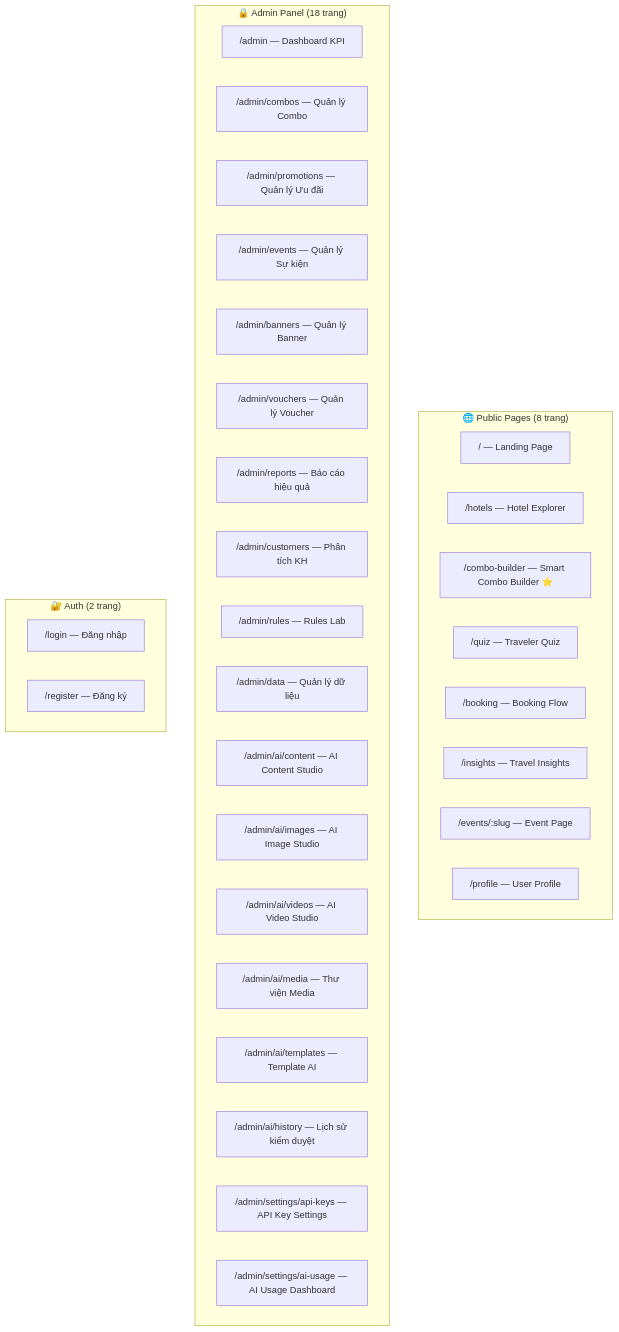
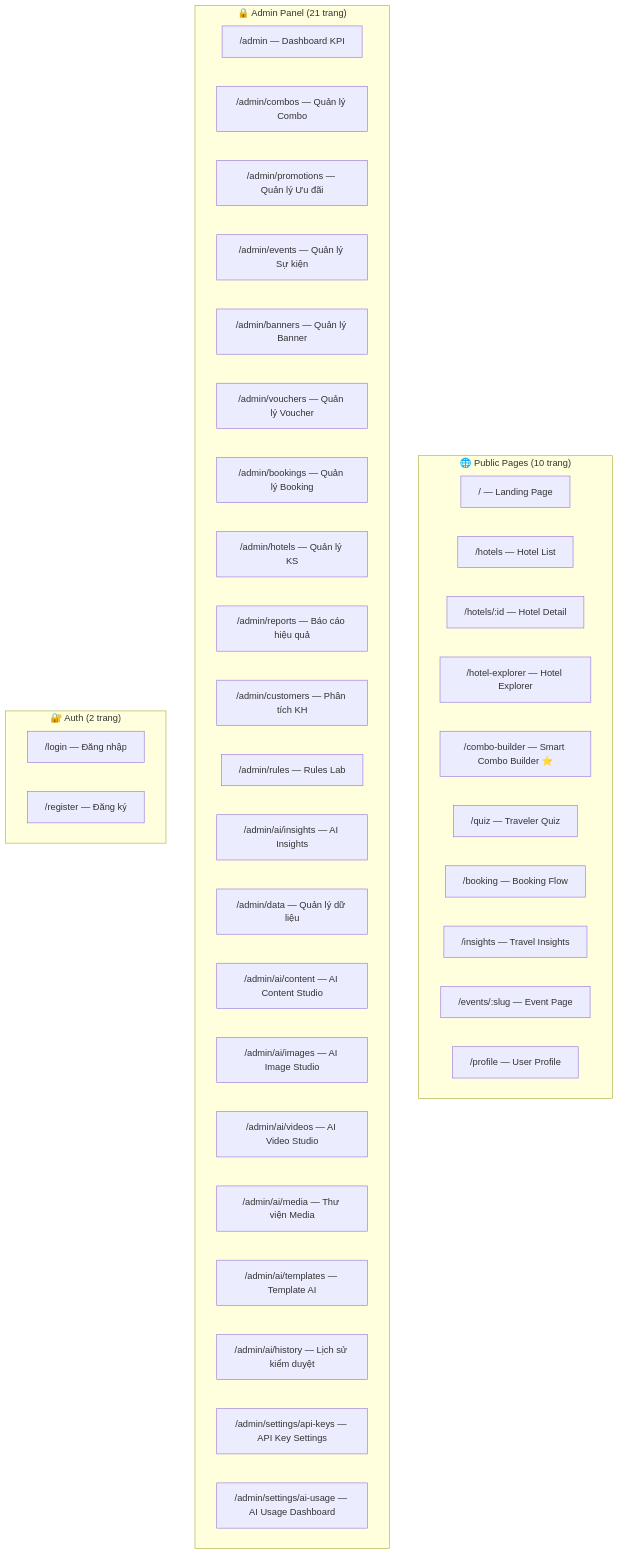
The second of 4 diagrams in docs/04_kien_truc_he_thong.md (Kandesfx/TravelMind), drawn with Mermaid before and after one commit. The commit also changed other lines of this file and 26 other files, not shown here.

Commit message:
feat: integrate Imagen 3 AI image, FFmpeg video slideshow, optimize FP-Growth mining, merge Thuan branch (ComboManager rule picker, booking fixes, TravelerQuiz, BookingFlow improvements)

````diff
--- a/docs/04_kien_truc_he_thong.md
+++ b/docs/04_kien_truc_he_thong.md
@@ -83,39 +83,44 @@
 ```mermaid
 graph TB
-    subgraph PUBLIC["🌐 Public Pages (8 trang)"]
+    subgraph PUBLIC["🌐 Public Pages (10 trang)"]
         P1["/ — Landing Page"]
-        P2["/hotels — Hotel Explorer"]
-        P3["/combo-builder — Smart Combo Builder ⭐"]
-        P4["/quiz — Traveler Quiz"]
-        P5["/booking — Booking Flow"]
-        P6["/insights — Travel Insights"]
-        P7["/events/:slug — Event Page"]
-        P8["/profile — User Profile"]
+        P2["/hotels — Hotel List"]
+        P3["/hotels/:id — Hotel Detail"]
+        P4["/hotel-explorer — Hotel Explorer"]
+        P5["/combo-builder — Smart Combo Builder ⭐"]
+        P6["/quiz — Traveler Quiz"]
+        P7["/booking — Booking Flow"]
+        P8["/insights — Travel Insights"]
+        P9["/events/:slug — Event Page"]
+        P10["/profile — User Profile"]
     end
 
-    subgraph ADMIN["🔒 Admin Panel (18 trang)"]
+    subgraph ADMIN["🔒 Admin Panel (21 trang)"]
         A1["/admin — Dashboard KPI"]
         A2["/admin/combos — Quản lý Combo"]
         A3["/admin/promotions — Quản lý Ưu đãi"]
         A4["/admin/events — Quản lý Sự kiện"]
         A5["/admin/banners — Quản lý Banner"]
         A6["/admin/vouchers — Quản lý Voucher"]
-        A7["/admin/reports — Báo cáo hiệu quả"]
-        A8["/admin/customers — Phân tích KH"]
-        A9["/admin/rules — Rules Lab"]
-        A10["/admin/data — Quản lý dữ liệu"]
-        A11["/admin/ai/content — AI Content Studio"]
-        A12["/admin/ai/images — AI Image Studio"]
-        A13["/admin/ai/videos — AI Video Studio"]
-        A14["/admin/ai/media — Thư viện Media"]
-        A15["/admin/ai/templates — Template AI"]
-        A16["/admin/ai/history — Lịch sử kiểm duyệt"]
-        A17["/admin/settings/api-keys — API Key Settings"]
-        A18["/admin/settings/ai-usage — AI Usage Dashboard"]
+        A7["/admin/bookings — Quản lý Booking"]
+        A8["/admin/hotels — Quản lý KS"]
+        A9["/admin/reports — Báo cáo hiệu quả"]
+        A10["/admin/customers — Phân tích KH"]
+        A11["/admin/rules — Rules Lab"]
+        A12["/admin/ai/insights — AI Insights"]
+        A13["/admin/data — Quản lý dữ liệu"]
+        A14["/admin/ai/content — AI Content Studio"]
+        A15["/admin/ai/images — AI Image Studio"]
+        A16["/admin/ai/videos — AI Video Studio"]
+        A17["/admin/ai/media — Thư viện Media"]
+        A18["/admin/ai/templates — Template AI"]
+        A19["/admin/ai/history — Lịch sử kiểm duyệt"]
+        A20["/admin/settings/api-keys — API Key Settings"]
+        A21["/admin/settings/ai-usage — AI Usage Dashboard"]
     end
 
     subgraph AUTH_PAGES["🔐 Auth (2 trang)"]
         AU1["/login — Đăng nhập"]
         AU2["/register — Đăng ký"]
     end
 ```
````
